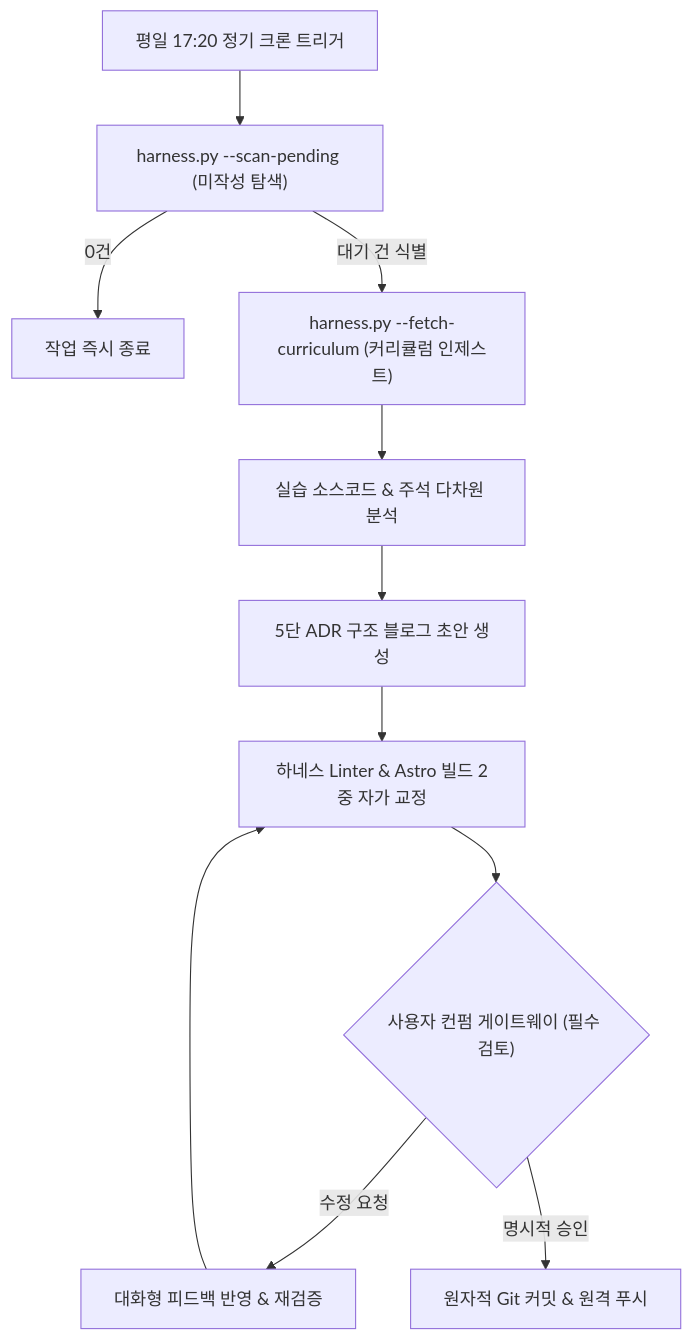
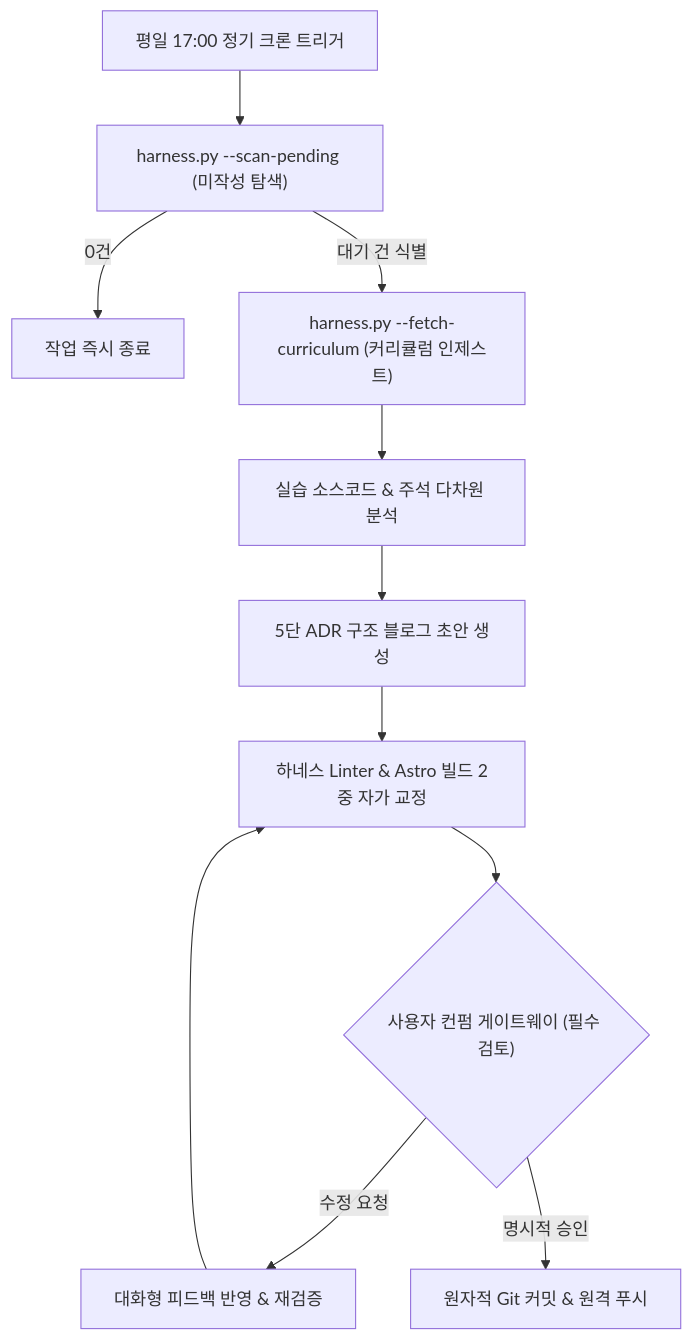
The diagram in docs/posts/proj-devlog-agent-pipeline-03-zero-command-and-coauthoring.md (mmmphyun/security-agent-toolkit), drawn with Mermaid before and after one commit. The commit also changed other lines of this file and 4 other files, not shown here.

````diff
--- a/docs/posts/proj-devlog-agent-pipeline-03-zero-command-and-coauthoring.md
+++ b/docs/posts/proj-devlog-agent-pipeline-03-zero-command-and-coauthoring.md
@@ -21,15 +21,15 @@
 ```mermaid
 flowchart TD
-    A["평일 17:20 정기 크론 트리거"] --> B["harness.py --scan-pending (미작성 탐색)"]
+    A["평일 17:00 정기 크론 트리거"] --> B["harness.py --scan-pending (미작성 탐색)"]
     B -->|0건| C["작업 즉시 종료"]
     B -->|대기 건 식별| D["harness.py --fetch-curriculum (커리큘럼 인제스트)"]
     D --> E["실습 소스코드 & 주석 다차원 분석"]
     F["5단 ADR 구조 블로그 초안 생성"]
     E --> F
     F --> G["하네스 Linter & Astro 빌드 2중 자가 교정"]
     H{"사용자 컨펌 게이트웨이 (필수 검토)"}
     G --> H
     H -->|수정 요청| I["대화형 피드백 반영 & 재검증"]
     I --> G
     H -->|명시적 승인| J["원자적 Git 커밋 & 원격 푸시"]
 ```
````
